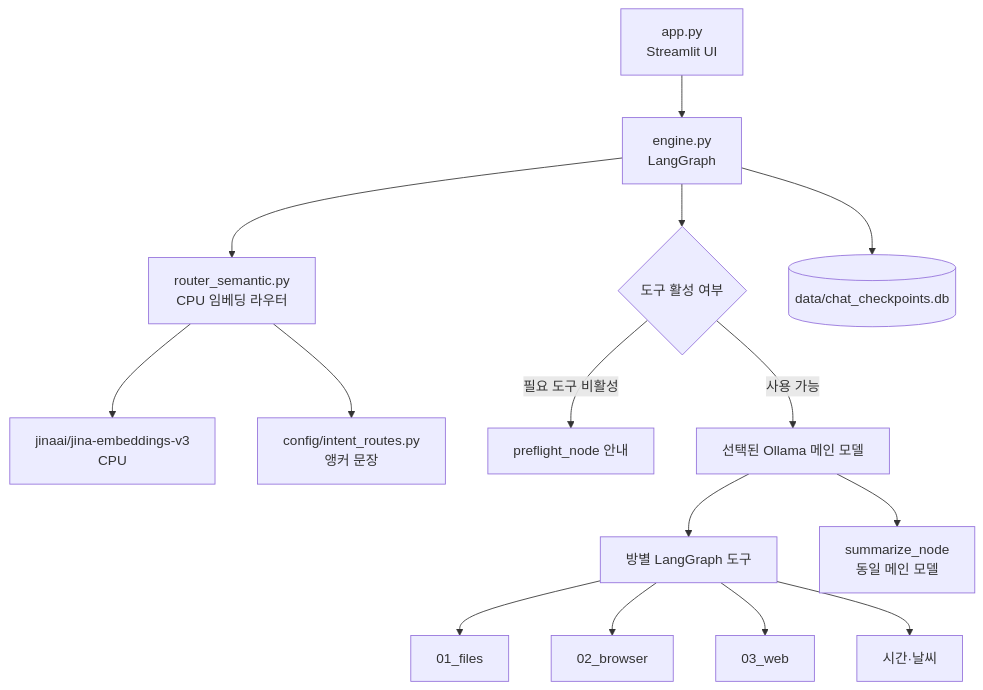
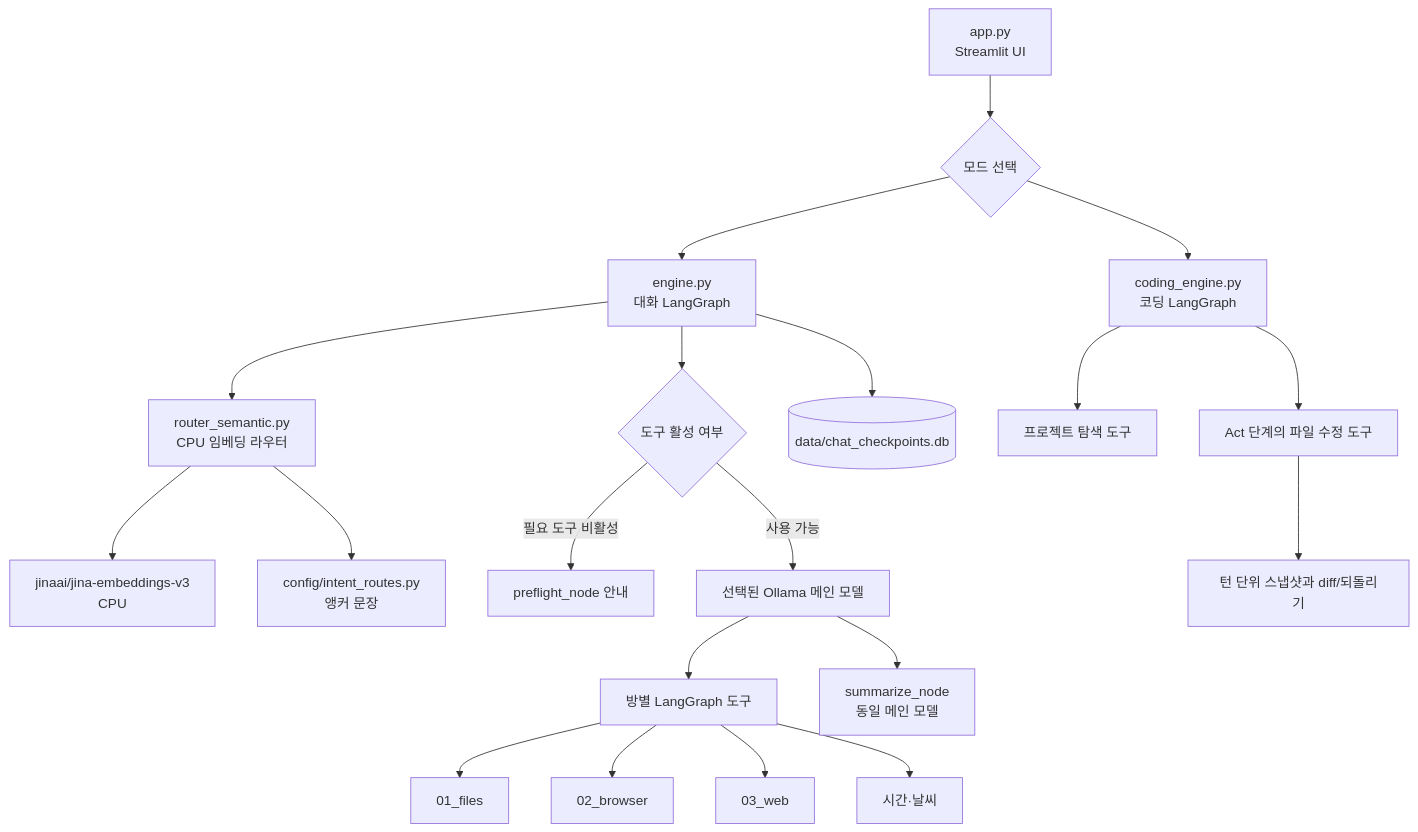
Before and after one commit to SungJin-Park530/LocalAgent: the diagram in README.md, drawn with Mermaid. The commit also changed other lines of this file, not shown here.

````diff
--- a/README.md
+++ b/README.md
@@ -50,17 +88,22 @@
 ```mermaid
 flowchart TB
-    UI[app.py<br/>Streamlit UI] --> ENG[engine.py<br/>LangGraph]
+    UI[app.py<br/>Streamlit UI] --> MODE{모드 선택}
+    MODE --> ENG[engine.py<br/>대화 LangGraph]
+    MODE --> CENG[coding_engine.py<br/>코딩 LangGraph]
     ENG --> ROUTER[router_semantic.py<br/>CPU 임베딩 라우터]
     ROUTER --> EMBED[jinaai/jina-embeddings-v3<br/>CPU]
     ROUTER --> ANCHORS[config/intent_routes.py<br/>앵커 문장]
     ENG --> PREFLIGHT{도구 활성 여부}
     PREFLIGHT -->|필요 도구 비활성| NOTICE[preflight_node 안내]
     PREFLIGHT -->|사용 가능| MAIN[선택된 Ollama 메인 모델]
     MAIN --> TOOLS[방별 LangGraph 도구]
     MAIN --> SUMMARY[summarize_node<br/>동일 메인 모델]
     TOOLS --> FILES[01_files]
     TOOLS --> BROWSER[02_browser]
     TOOLS --> WEB[03_web]
     TOOLS --> BASIC[시간·날씨]
     ENG --> CHECKPOINT[(data/chat_checkpoints.db)]
+    CENG --> CREAD[프로젝트 탐색 도구]
+    CENG --> CWRITE[Act 단계의 파일 수정 도구]
+    CWRITE --> SNAP[턴 단위 스냅샷과 diff/되돌리기]
 ```
````
